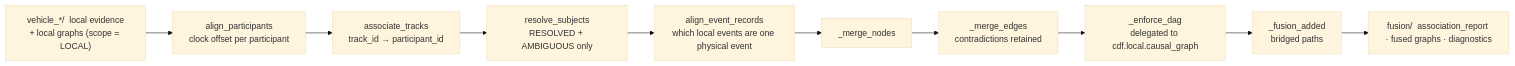
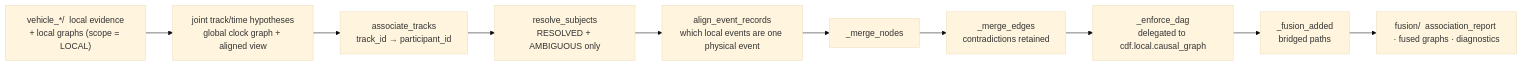
Before and after one commit to AndreaBedei1/causaldrive-forensics: the diagram in docs/GRAPH_FUSION.md, drawn with Mermaid (base theme). The commit also changed other lines of this file and 30 other files, not shown here.

````diff
--- a/docs/GRAPH_FUSION.md
+++ b/docs/GRAPH_FUSION.md
@@ -12,13 +12,13 @@
 ```mermaid
 flowchart LR
     L["vehicle_*/  local evidence<br/>+ local graphs (scope = LOCAL)"] --> A1
-    A1["align_participants<br/>clock offset per participant"] --> A2
+    A1["joint track/time hypotheses<br/>global clock graph + aligned view"] --> A2
     A2["associate_tracks<br/>track_id → participant_id"] --> A3
     A3["resolve_subjects<br/>RESOLVED + AMBIGUOUS only"] --> A4
     A4["align_event_records<br/>which local events are one physical event"] --> A5
     A5["_merge_nodes"] --> A6
     A6["_merge_edges<br/>contradictions retained"] --> A7
     A7["_enforce_dag<br/>delegated to cdf.local.causal_graph"] --> A8
     A8["_fusion_added<br/>bridged paths"] --> OUT
     OUT["fusion/  association_report · fused graphs · diagnostics"]
 ```
````
